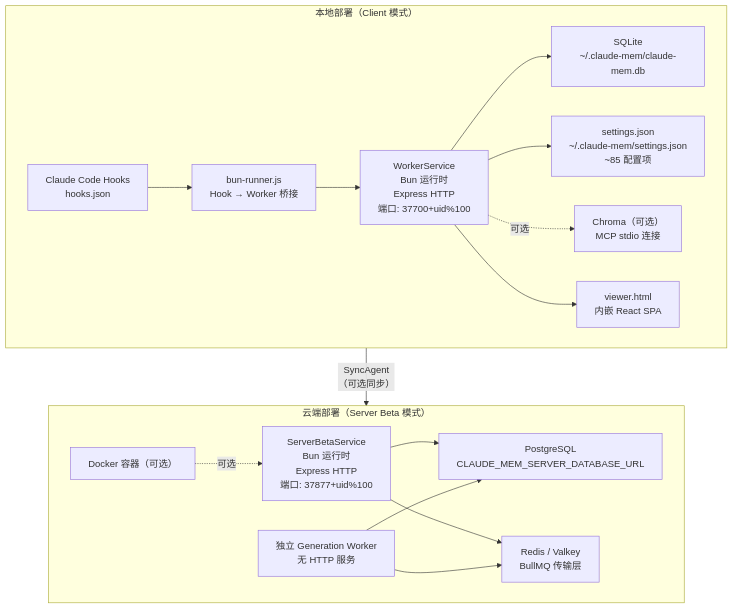
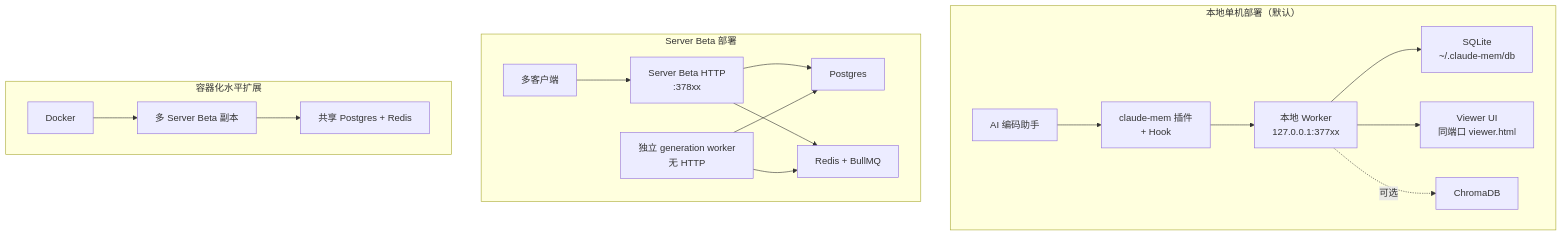
The third of 14 diagrams in doc/B-系统设计文档.md (sharesdoc/claude-mem), drawn with Mermaid before and after one commit. The commit also changed other lines of this file and 22 other files, not shown here.

````diff
--- a/doc/B-系统设计文档.md
+++ b/doc/B-系统设计文档.md
@@ -198,34 +198,23 @@
 ```mermaid
 flowchart TB
-    subgraph LOCAL["本地部署（Client 模式）"]
-        HOOKS["Claude Code Hooks<br/>hooks.json"]
-        RUNNER["bun-runner.js<br/>Hook → Worker 桥接"]
-        WORKER_P["WorkerService<br/>Bun 运行时<br/>Express HTTP<br/>端口: 37700+uid%100"]
-        SQLITE_DB["SQLite<br/>~/.claude-mem/claude-mem.db"]
-        SETTINGS["settings.json<br/>~/.claude-mem/settings.json<br/>~85 配置项"]
-        CHROMA_OPT["Chroma（可选）<br/>MCP stdio 连接"]
-        VIEWER_HTML["viewer.html<br/>内嵌 React SPA"]
-
-        HOOKS --> RUNNER --> WORKER_P
-        WORKER_P --> SQLITE_DB
-        WORKER_P --> SETTINGS
-        WORKER_P -.->|可选| CHROMA_OPT
-        WORKER_P --> VIEWER_HTML
+    subgraph 本地单机["本地单机部署（默认）"]
+        L1["AI 编码助手"] --> L2["claude-mem 插件<br/>+ Hook"]
+        L2 --> L3["本地 Worker<br/>127.0.0.1:377xx"]
+        L3 --> L4["SQLite<br/>~/.claude-mem/db"]
+        L3 --> L5["Viewer UI<br/>同端口 viewer.html"]
+        L3 -.->|"可选"| L6["ChromaDB"]
     end
 
-    subgraph CLOUD["云端部署（Server Beta 模式）"]
-        WORKER_S["ServerBetaService<br/>Bun 运行时<br/>Express HTTP<br/>端口: 37877+uid%100"]
-        PG_DB["PostgreSQL<br/>CLAUDE_MEM_SERVER_DATABASE_URL"]
-        REDIS["Redis / Valkey<br/>BullMQ 传输层"]
-        GEN_WORKER["独立 Generation Worker<br/>无 HTTP 服务"]
-        DOCKER_OPT["Docker 容器（可选）"]
-
-        WORKER_S --> PG_DB
-        WORKER_S --> REDIS
-        GEN_WORKER --> PG_DB
-        GEN_WORKER --> REDIS
-        DOCKER_OPT -.->|可选| WORKER_S
+    subgraph 云端多租户["Server Beta 部署"]
+        C1["多客户端"] --> C2["Server Beta HTTP<br/>:378xx"]
+        C2 --> C3["Postgres"]
+        C2 --> C4["Redis + BullMQ"]
+        C5["独立 generation worker<br/>无 HTTP"] --> C3
+        C5 --> C4
     end
 
-    LOCAL -->|"SyncAgent<br/>（可选同步）"| CLOUD
+    subgraph 容器化["容器化水平扩展"]
+        D1["Docker"] --> D2["多 Server Beta 副本"]
+        D2 --> D3["共享 Postgres + Redis"]
+    end
 ```
````
